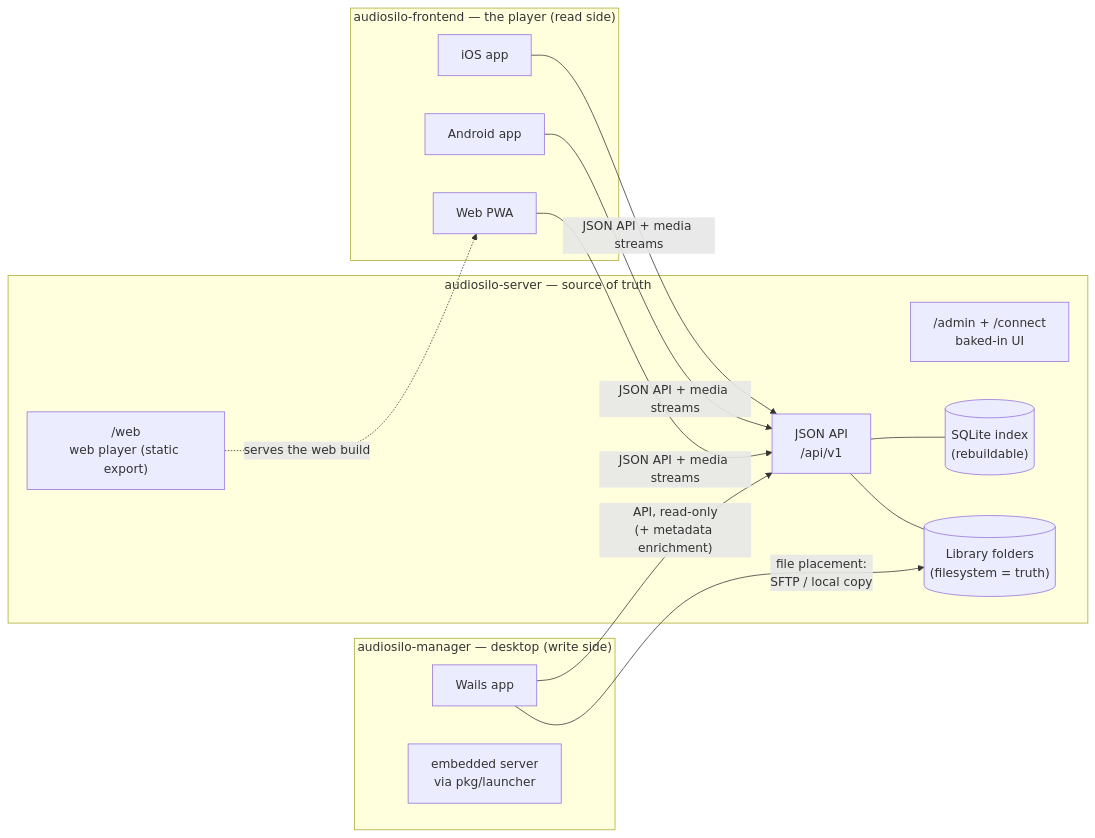
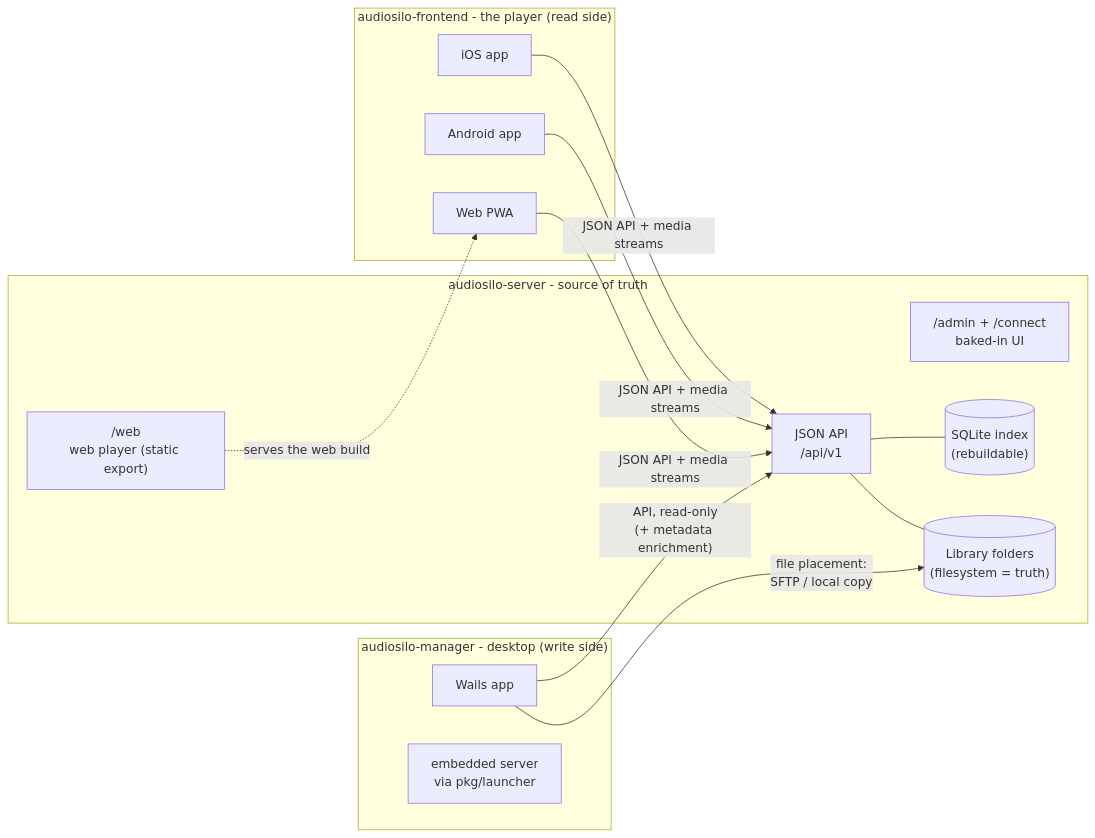
One commit to KodeStar/audiosilo-docs changed the diagram in docs-developers/index.md. Above: the diagram before and after it, drawn with Mermaid. The commit also changed other lines of this file and 57 other files, not shown here.

````diff
--- a/docs-developers/index.md
+++ b/docs-developers/index.md
@@ -27,30 +27,30 @@
 ```mermaid
 flowchart LR
-    subgraph fe["audiosilo-frontend — the player (read side)"]
+    subgraph fe["audiosilo-frontend - the player (read side)"]
         ios["iOS app"]
         droid["Android app"]
         pwa["Web PWA"]
     end
 
-    subgraph srv["audiosilo-server — source of truth"]
+    subgraph srv["audiosilo-server - source of truth"]
         api["JSON API<br/>/api/v1"]
         webmount["/web<br/>web player (static export)"]
         adminui["/admin + /connect<br/>baked-in UI"]
         db[("SQLite index<br/>(rebuildable)")]
         files[("Library folders<br/>(filesystem = truth)")]
         api --- db
         api --- files
     end
 
-    subgraph mgr["audiosilo-manager — desktop (write side)"]
+    subgraph mgr["audiosilo-manager - desktop (write side)"]
         wails["Wails app"]
         launcher["embedded server<br/>via pkg/launcher"]
     end
 
     ios -->|"JSON API + media streams"| api
     droid -->|"JSON API + media streams"| api
     pwa -->|"JSON API + media streams"| api
     webmount -.->|"serves the web build"| pwa
     wails -->|"API, read-only<br/>(+ metadata enrichment)"| api
     wails -->|"file placement:<br/>SFTP / local copy"| files
 ```
````
